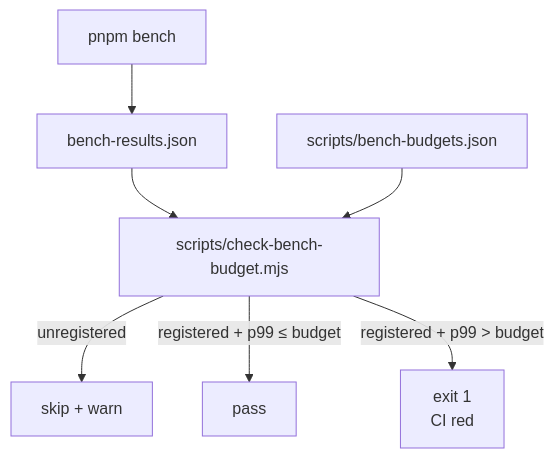
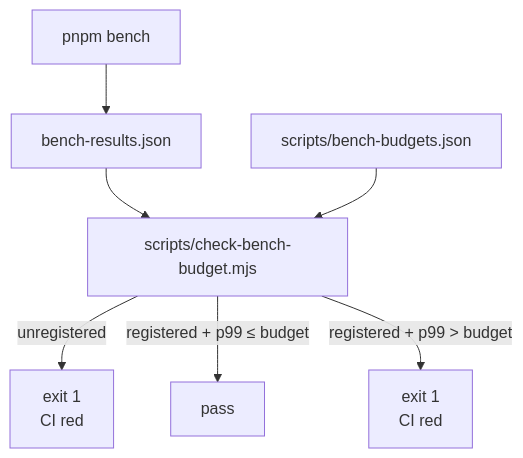
The diagram in docs/en/contributing/benchmarking.md (SakuraPuare/apollo-map-studio), drawn with Mermaid before and after one commit. The commit also changed other lines of this file and 9 other files, not shown here.

````diff
--- a/docs/en/contributing/benchmarking.md
+++ b/docs/en/contributing/benchmarking.md
@@ -96,9 +96,9 @@
 ```mermaid
 flowchart TD
     A[pnpm bench] --> B[bench-results.json]
     B --> C[scripts/check-bench-budget.mjs]
     D[scripts/bench-budgets.json] --> C
-    C -->|unregistered| E[skip + warn]
+    C -->|unregistered| E[exit 1<br/>CI red]
     C -->|registered + p99 ≤ budget| F[pass]
     C -->|registered + p99 > budget| G[exit 1<br/>CI red]
 ```
````
